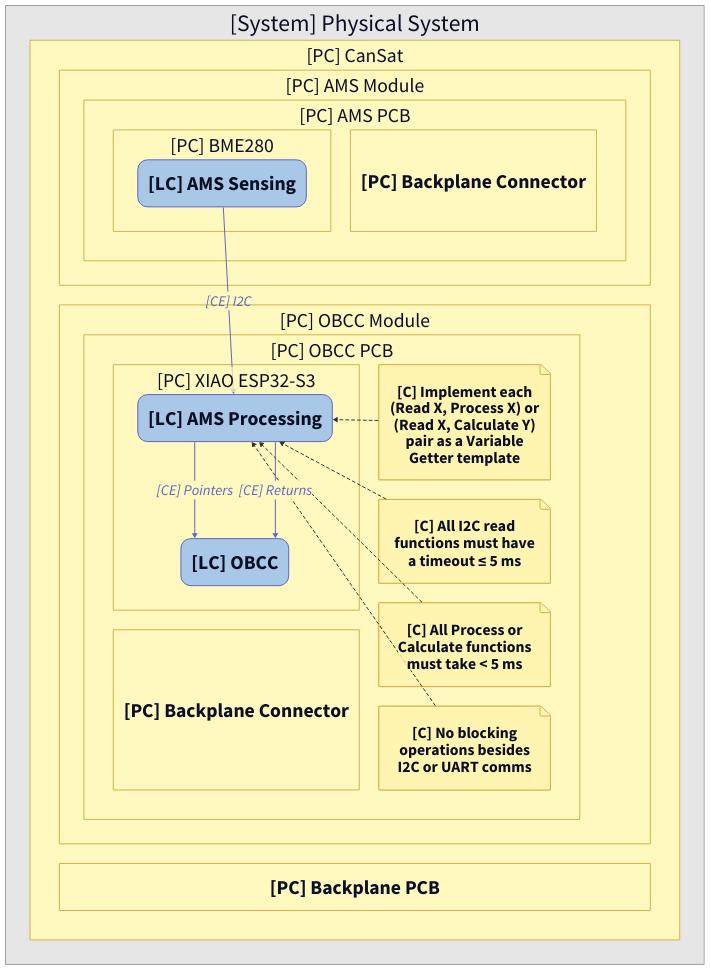
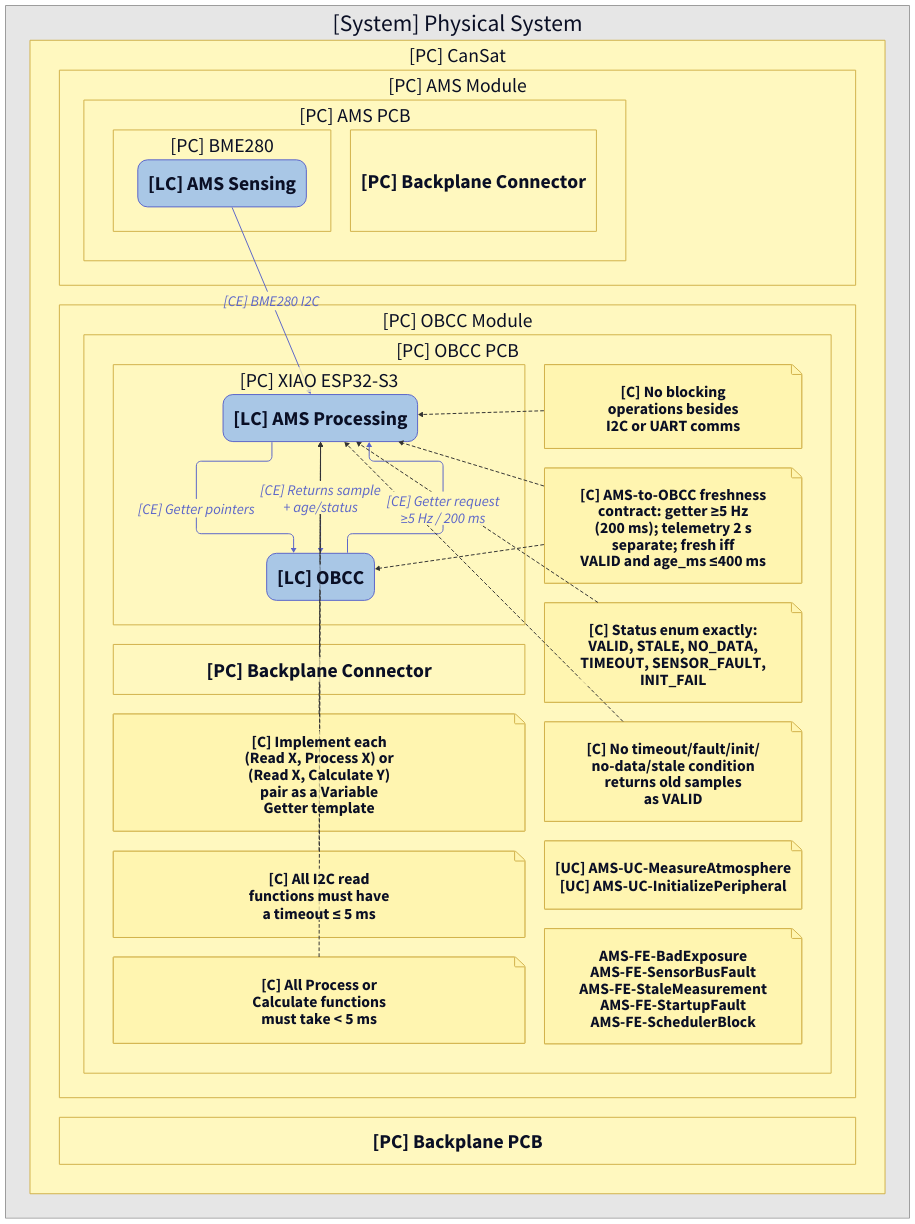
The diagram in AMS/MBSE/v1.0/AMS_v1.0_view2_logical.d2 (DeltaLabo/CanSatWorkshop), drawn with D2 before and after one commit. The commit also changed 323 other files, not shown here.

```diff
--- a/AMS/MBSE/v1.0/AMS_v1.0_view2_logical.d2
+++ b/AMS/MBSE/v1.0/AMS_v1.0_view2_logical.d2
@@ -1,126 +1,151 @@
 vars: {
   d2-config: {
     layout-engine: elk
   }
 }
 
 # Logical view
 # Show deployed logical components and their component exchanges while preserving the PA containment.
 direction: down
 
 classes: {
   func: {
     shape: rectangle
     style: { fill: "#BDFB9B"; stroke: "#166534"; stroke-width: 2; font-size: 36 }
   }
   lc: {
     style: {
       fill: "#A9C7E6"; stroke: "#5B65C9"; stroke-width: 2
       border-radius: 20; font-size: 40
     }
   }
   pc: {
     style: { fill: "#FFF8BF"; stroke: "#D1B24A"; stroke-width: 2; font-size: 40 }
   }
   sys: {
     style: { fill: "#E6E6E6"; stroke: "#9A9A9A"; stroke-width: 2; font-size: 48 }
   }
   ea: {
     shape: rectangle
     style: {
       fill: "#BFEAF4"; stroke: "#5B65C9"; stroke-width: 2
       border-radius: 20; font-size: 40
     }
   }
   note: { style: { fill: "#FFF5B0"; stroke: "#D1B24A"; font-size: 32 } }
   chain: {
     style: {
       fill: "#FFFFFF"; stroke: "#D1B24A"; stroke-width: 2
       border-radius: 20; font-size: 36
     }
   }
   fe:   { style: { stroke: "#1F7A4D"; font-color: "#1F7A4D"; stroke-width: 2; font-size: 30 } }
   ce:   { style: { stroke: "#5B65C9"; font-color: "#5B65C9"; stroke-width: 2; font-size: 30 } }
   pl:   { style: { stroke: "#E11D28"; font-color: "#E11D28"; stroke-width: 2; font-size: 30 } }
   cstr: { style: { stroke: "#333333"; stroke-dash: 3; font-size: 26 } }
 }
 
 system: "[System] Physical System" {
   class: sys
   direction: down
 
   cansat: "[PC] CanSat" {
     class: pc
     direction: down
     grid-columns: 1
 
     ams_module: "[PC] AMS Module" {
       class: pc
       direction: down
 
       ams_pcb: "[PC] AMS PCB" {
         class: pc
         direction: down
         grid-columns: 2
 
         bme280: "[PC] BME280" {
           class: pc
           direction: down
 
           ams_sensing: "[LC] AMS Sensing" { class: lc }
         }
 
         ams_backplane_connector: "[PC] Backplane Connector" { class: pc }
       }
     }
 
     obcc_module: "[PC] OBCC Module" {
       class: pc
       direction: down
 
       obcc_pcb: "[PC] OBCC PCB" {
         class: pc
         direction: down
         grid-columns: 2
 
         xiao: "[PC] XIAO ESP32-S3" {
           class: pc
           direction: down
 
           ams_processing: "[LC] AMS Processing" { class: lc }
           obcc: "[LC] OBCC" { class: lc }
         }
 
         obcc_backplane_connector: "[PC] Backplane Connector" { class: pc }
 
         note_variable_getter: "[C] Implement each\n(Read X, Process X) or\n(Read X, Calculate Y)\npair as a Variable\nGetter template" {
           class: note
           shape: page
         }
         note_i2c_timeout: "[C] All I2C read\nfunctions must have\na timeout ≤ 5 ms" {
           class: note
           shape: page
         }
         note_process_time: "[C] All Process or\nCalculate functions\nmust take < 5 ms" {
           class: note
           shape: page
         }
         note_no_blocking: "[C] No blocking\noperations besides\nI2C or UART comms" {
           class: note
           shape: page
         }
+        note_freshness_contract: "[C] AMS-to-OBCC freshness\ncontract: getter ≥5 Hz\n(200 ms); telemetry 2 s\nseparate; fresh iff\nVALID and age_ms ≤400 ms" {
+          class: note
+          shape: page
+        }
+        note_status_enum: "[C] Status enum exactly:\nVALID, STALE, NO_DATA,\nTIMEOUT, SENSOR_FAULT,\nINIT_FAIL" {
+          class: note
+          shape: page
+        }
+        note_no_stale_valid: "[C] No timeout/fault/init/\nno-data/stale condition\nreturns old samples\nas VALID" {
+          class: note
+          shape: page
+        }
+        note_use_cases: "[UC] AMS-UC-MeasureAtmosphere\n[UC] AMS-UC-InitializePeripheral" {
+          class: note
+          shape: page
+        }
+        note_feared_events: "AMS-FE-BadExposure\nAMS-FE-SensorBusFault\nAMS-FE-StaleMeasurement\nAMS-FE-StartupFault\nAMS-FE-SchedulerBlock" {
+          class: note
+          shape: page
+        }
       }
     }
 
     backplane_pcb: "[PC] Backplane PCB" { class: pc }
   }
 }
 
-system.cansat.ams_module.ams_pcb.bme280.ams_sensing -> system.cansat.obcc_module.obcc_pcb.xiao.ams_processing: "[CE] I2C" { class: ce }
-system.cansat.obcc_module.obcc_pcb.xiao.ams_processing -> system.cansat.obcc_module.obcc_pcb.xiao.obcc: "[CE] Pointers" { class: ce }
-system.cansat.obcc_module.obcc_pcb.xiao.ams_processing -> system.cansat.obcc_module.obcc_pcb.xiao.obcc: "[CE] Returns" { class: ce }
+system.cansat.ams_module.ams_pcb.bme280.ams_sensing -> system.cansat.obcc_module.obcc_pcb.xiao.ams_processing: "[CE] BME280 I2C" { class: ce }
+system.cansat.obcc_module.obcc_pcb.xiao.ams_processing -> system.cansat.obcc_module.obcc_pcb.xiao.obcc: "[CE] Getter pointers" { class: ce }
+system.cansat.obcc_module.obcc_pcb.xiao.obcc -> system.cansat.obcc_module.obcc_pcb.xiao.ams_processing: "[CE] Getter request\n≥5 Hz / 200 ms" { class: ce }
+system.cansat.obcc_module.obcc_pcb.xiao.ams_processing -> system.cansat.obcc_module.obcc_pcb.xiao.obcc: "[CE] Returns sample\n+ age/status" { class: ce }
 
 system.cansat.obcc_module.obcc_pcb.note_variable_getter -> system.cansat.obcc_module.obcc_pcb.xiao.ams_processing { class: cstr }
 system.cansat.obcc_module.obcc_pcb.note_i2c_timeout -> system.cansat.obcc_module.obcc_pcb.xiao.ams_processing { class: cstr }
 system.cansat.obcc_module.obcc_pcb.note_process_time -> system.cansat.obcc_module.obcc_pcb.xiao.ams_processing { class: cstr }
 system.cansat.obcc_module.obcc_pcb.note_no_blocking -> system.cansat.obcc_module.obcc_pcb.xiao.ams_processing { class: cstr }
+system.cansat.obcc_module.obcc_pcb.note_freshness_contract -> system.cansat.obcc_module.obcc_pcb.xiao.ams_processing { class: cstr }
+system.cansat.obcc_module.obcc_pcb.note_freshness_contract -> system.cansat.obcc_module.obcc_pcb.xiao.obcc { class: cstr }
+system.cansat.obcc_module.obcc_pcb.note_status_enum -> system.cansat.obcc_module.obcc_pcb.xiao.ams_processing { class: cstr }
+system.cansat.obcc_module.obcc_pcb.note_no_stale_valid -> system.cansat.obcc_module.obcc_pcb.xiao.ams_processing { class: cstr }
```
